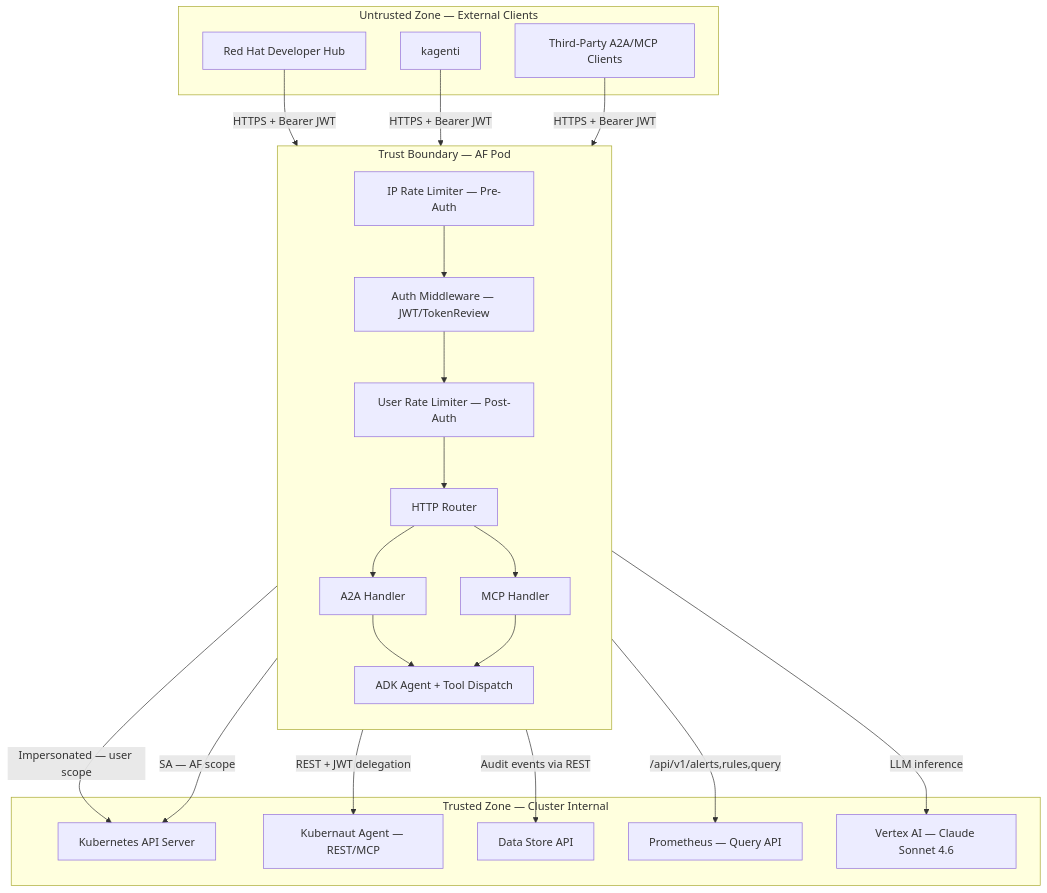
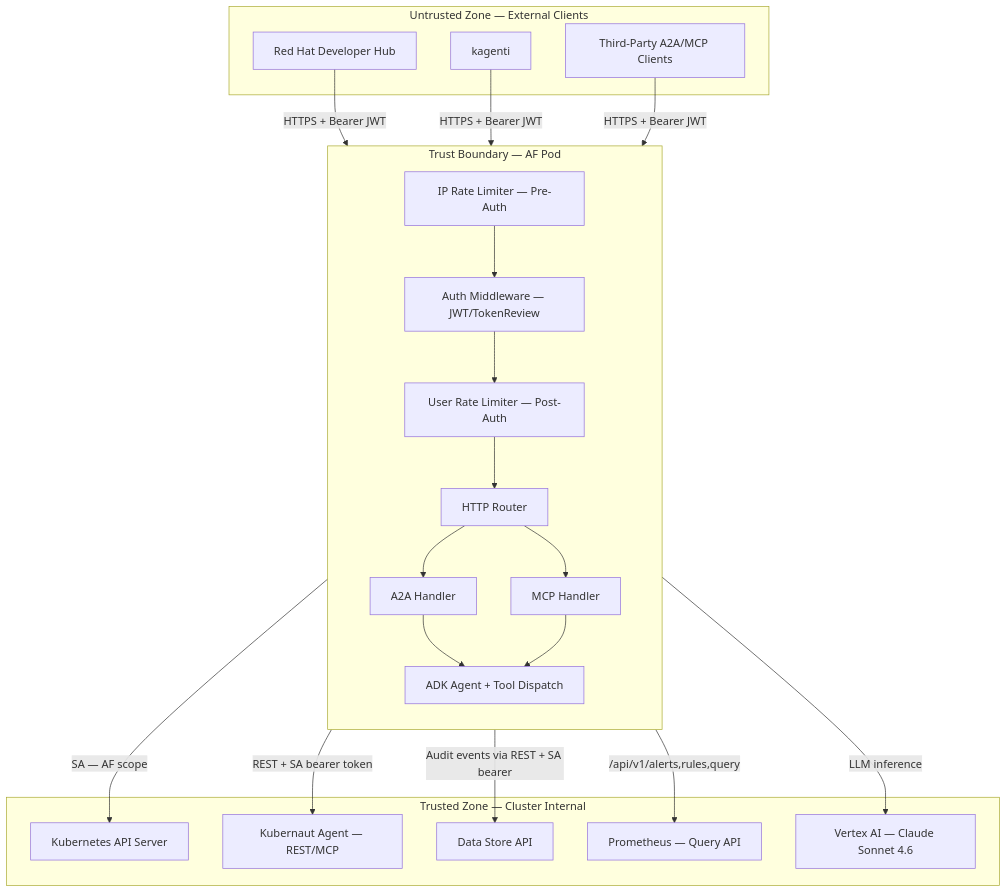
The diagram in docs/services/apifrontend/security/SERVICE_BOUNDARY.md (jordigilh/kubernaut), drawn with Mermaid before and after one commit. The commit also changed other lines of this file and 3 other files, not shown here.

````diff
--- a/docs/services/apifrontend/security/SERVICE_BOUNDARY.md
+++ b/docs/services/apifrontend/security/SERVICE_BOUNDARY.md
@@ -12,46 +12,45 @@
 ```mermaid
 graph TB
     subgraph untrusted [Untrusted Zone — External Clients]
         RHDH[Red Hat Developer Hub]
         Kagenti[kagenti]
         Third[Third-Party A2A/MCP Clients]
     end
 
     subgraph boundary [Trust Boundary — AF Pod]
         direction TB
         RL_IP[IP Rate Limiter — Pre-Auth]
         AuthMW[Auth Middleware — JWT/TokenReview]
         RL_User[User Rate Limiter — Post-Auth]
         Router[HTTP Router]
         A2A[A2A Handler]
         MCP[MCP Handler]
         Agent[ADK Agent + Tool Dispatch]
     end
 
     subgraph trusted [Trusted Zone — Cluster Internal]
         K8sAPI[Kubernetes API Server]
         KA[Kubernaut Agent — REST/MCP]
         DS[Data Store API]
         Prom[Prometheus — Query API]
         LLM[Vertex AI — Claude Sonnet 4.6]
     end
 
     RHDH -->|HTTPS + Bearer JWT| RL_IP
     Kagenti -->|HTTPS + Bearer JWT| RL_IP
     Third -->|HTTPS + Bearer JWT| RL_IP
 
     RL_IP --> AuthMW
     AuthMW --> RL_User
     RL_User --> Router
     Router --> A2A
     Router --> MCP
     A2A --> Agent
     MCP --> Agent
 
-    Agent -->|Impersonated — user scope| K8sAPI
     Agent -->|SA — AF scope| K8sAPI
-    Agent -->|REST + JWT delegation| KA
-    Agent -->|Audit events via REST| DS
+    Agent -->|REST + SA bearer token| KA
+    Agent -->|Audit events via REST + SA bearer| DS
     Agent -->|/api/v1/alerts,rules,query| Prom
     Agent -->|LLM inference| LLM
 ```
````
